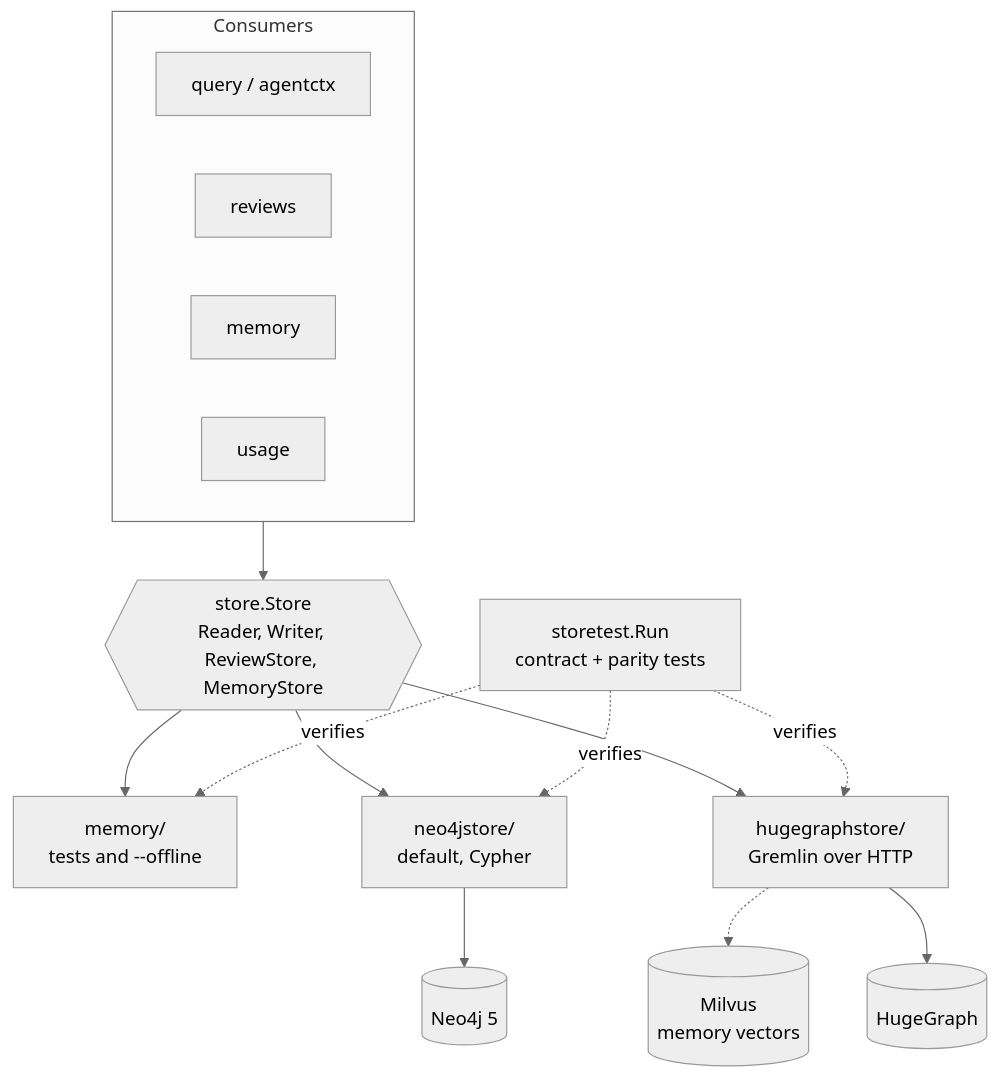
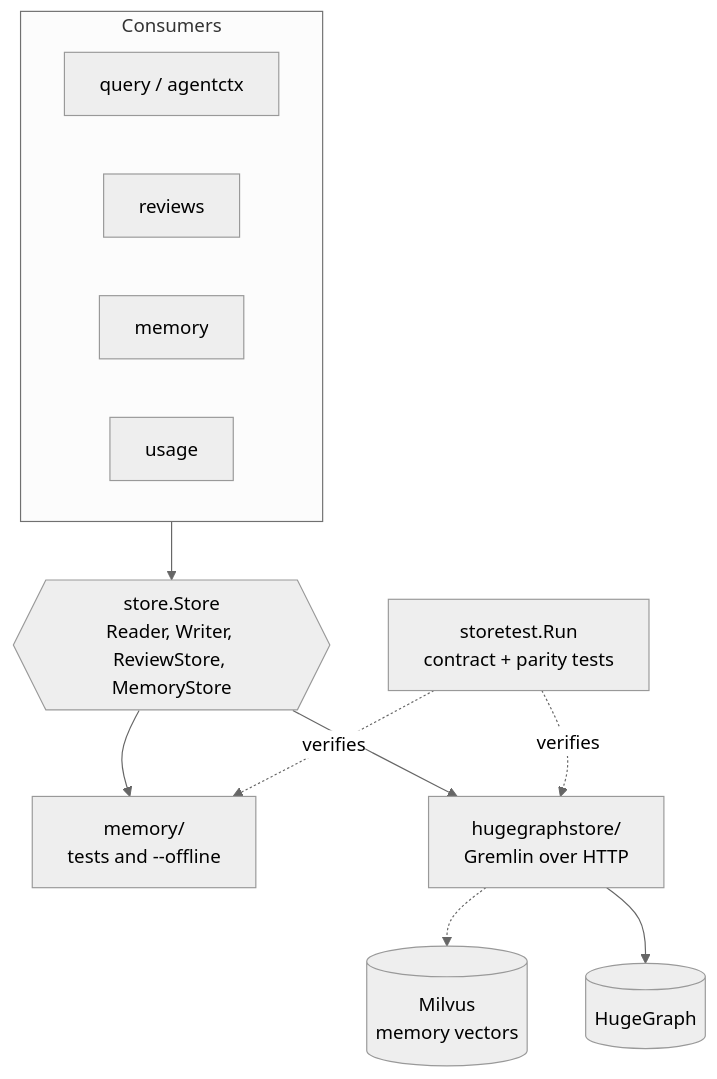
One commit to astrona-io/codesynapse changed the first of 2 diagrams in docs/architecture/stores.md. Above: the diagram before and after it, drawn with Mermaid (neutral theme). The commit also changed other lines of this file and 53 other files, not shown here.

First line of the commit message:
refactor: remove Neo4j; HugeGraph with Milvus is the only graph database

````diff
--- a/docs/architecture/stores.md
+++ b/docs/architecture/stores.md
@@ -5,23 +5,20 @@
 ```mermaid
 flowchart TB
     subgraph consumers[Consumers]
         query[query / agentctx]
         reviews[reviews]
         memory[memory]
         usage[usage]
     end
     iface{{store.Store<br/>Reader, Writer, ReviewStore, MemoryStore}}
     consumers --> iface
 
     iface --> mem[memory/<br/>tests and --offline]
-    iface --> neo[neo4jstore/<br/>default, Cypher]
     iface --> hg[hugegraphstore/<br/>Gremlin over HTTP]
 
     hg -.-> milvus[(Milvus<br/>memory vectors)]
-    neo --> neodb[(Neo4j 5)]
     hg --> hgdb[(HugeGraph)]
 
     contract[storetest.Run<br/>contract + parity tests] -. verifies .-> mem
-    contract -. verifies .-> neo
     contract -. verifies .-> hg
 ```
````
